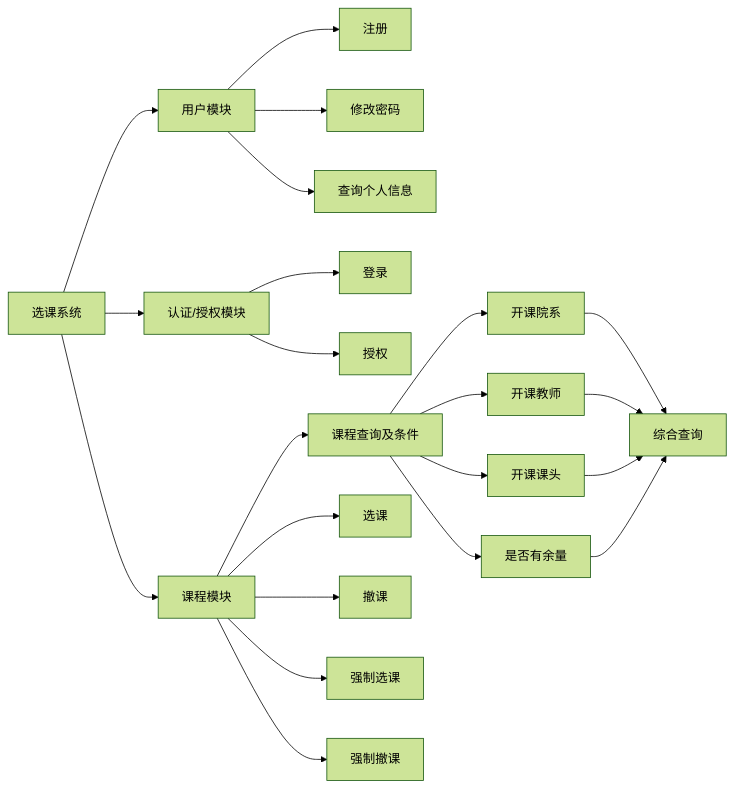
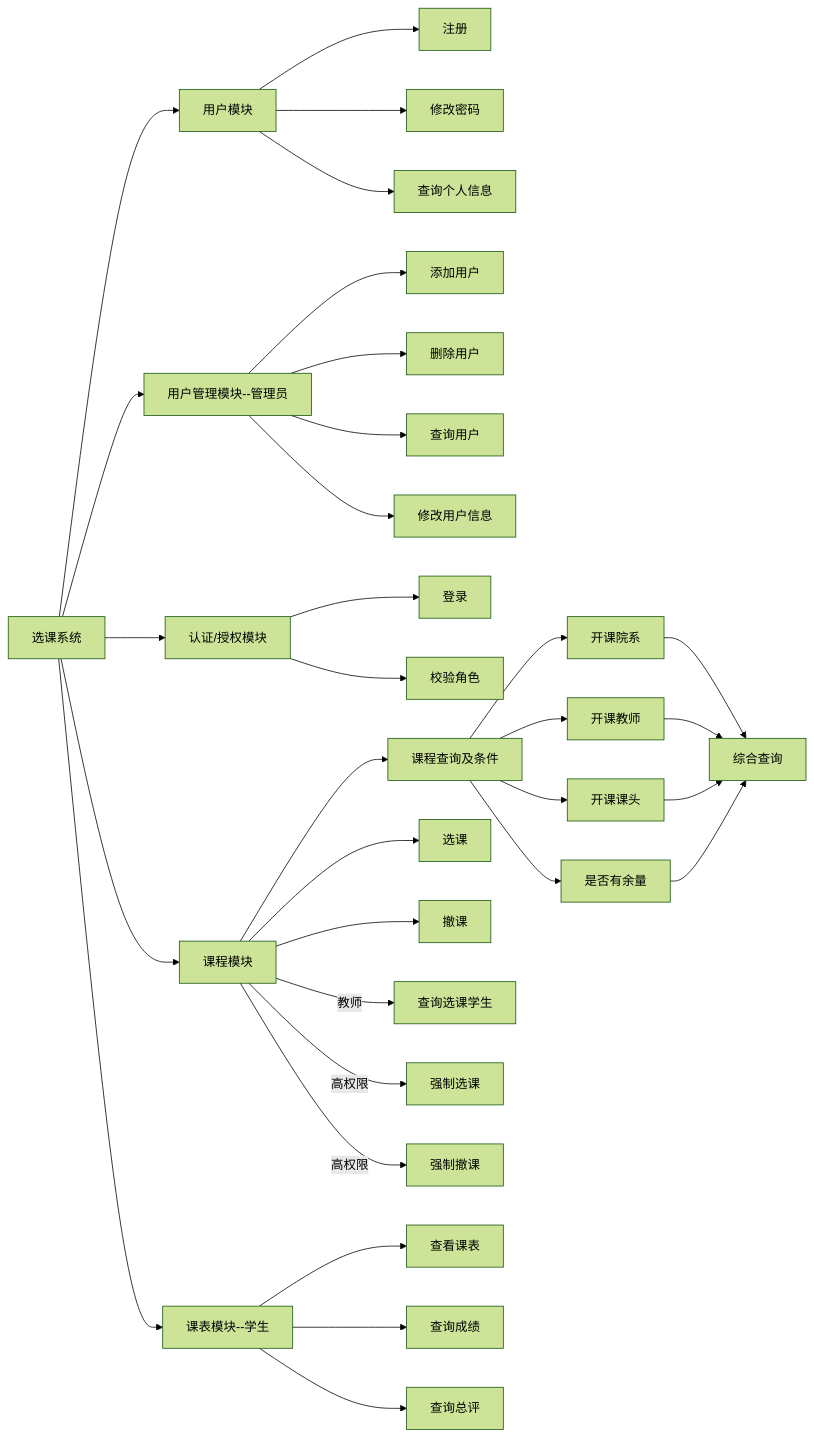
The diagram in docs/project/requirement-analysis.md (SE2022-Qiaqia/docs), drawn with Mermaid (forest theme) before and after one commit. The commit also changed other lines of this file, not shown here.

Commit message:
docs(需求分析): 进一步完善系统功能结构图

````diff
--- a/docs/project/requirement-analysis.md
+++ b/docs/project/requirement-analysis.md
@@ -125,29 +126,43 @@
 ```mermaid
 graph LR
   System[选课系统]
   
   User[用户模块]
   System --> User
   User --> 注册
   User --> 修改密码
   User --> 查询个人信息
   
+  UserManagement[用户管理模块--管理员]
+  System --> UserManagement
+  UserManagement --> 添加用户
+  UserManagement --> 删除用户
+  UserManagement --> 查询用户
+  UserManagement --> 修改用户信息
+
   Authentic[认证/授权模块]
   System --> Authentic
   Authentic --> 登录
-  Authentic --> 授权
+  Authentic --> 校验角色
 
   Course[课程模块]
   System --> Course
     
     Course --> CourseQuery[课程查询及条件]
     CourseQuery --> 开课院系 --> 综合查询
     CourseQuery --> 开课教师 --> 综合查询
     CourseQuery --> 开课课头 --> 综合查询
     CourseQuery --> 是否有余量 --> 综合查询
 
     Course --> 选课
     Course --> 撤课
-    Course --> 强制选课
-    Course --> 强制撤课
+    Course --教师--> 查询选课学生
+    Course --高权限--> 强制选课
+    Course --高权限--> 强制撤课
+  
+  Schedule[课表模块--学生]
+  System --> Schedule
+  Schedule --> 查看课表
+  Schedule --> 查询成绩
+  Schedule --> 查询总评
 ```
````
